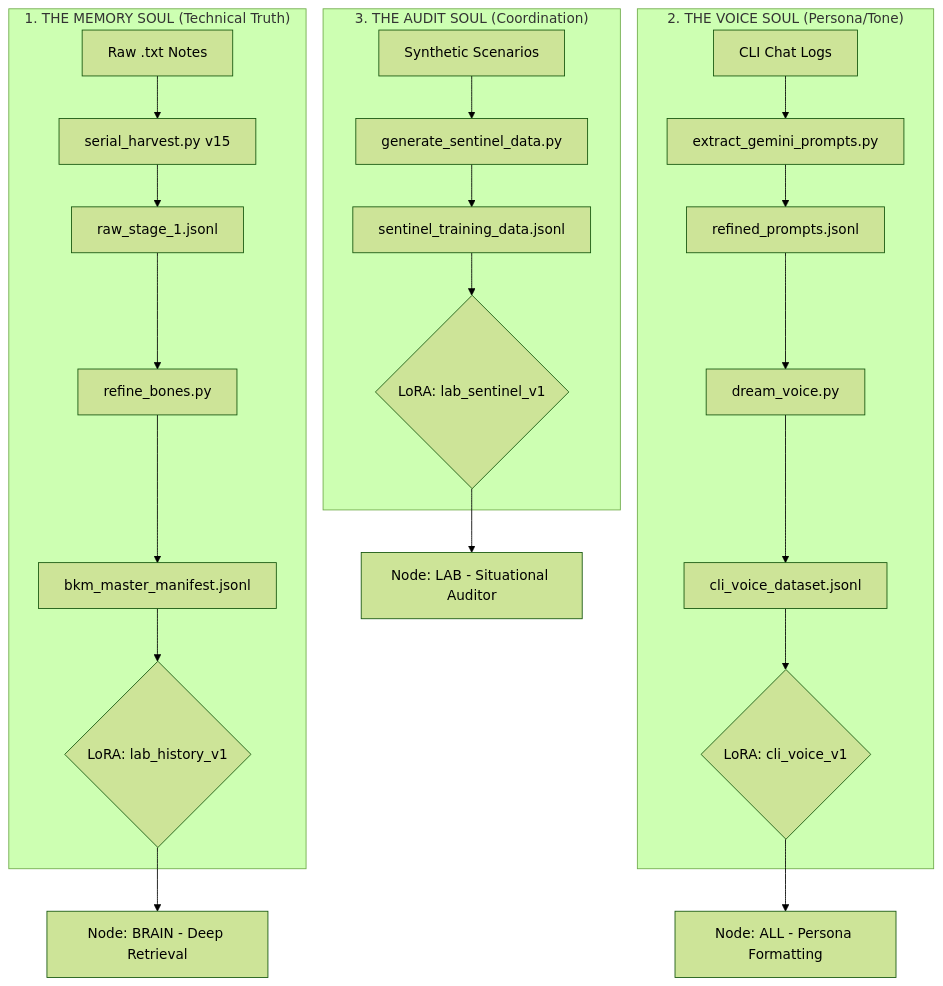
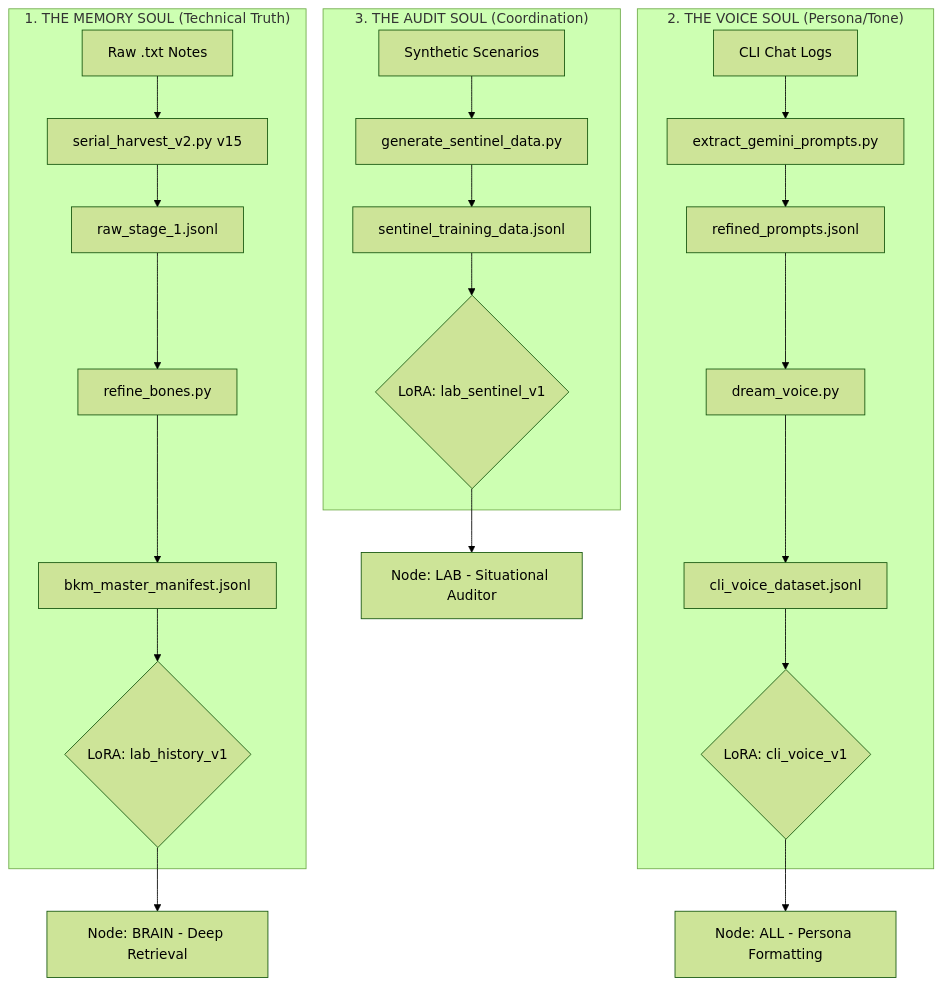
One commit to kEnder242/Portfolio_Dev changed the diagram in SPRINT_PLAN_SPR_13_0.md. Above: the diagram before and after it, drawn with Mermaid (forest theme). The commit also changed other lines of this file and 1 other file, not shown here.

Commit message:
Human - Scripts and docs now refer to serial_harvest_v2.py

````diff
--- a/SPRINT_PLAN_SPR_13_0.md
+++ b/SPRINT_PLAN_SPR_13_0.md
@@ -211,28 +211,28 @@
 ```mermaid
 graph TD
     subgraph "1. THE MEMORY SOUL (Technical Truth)"
-        A1[Raw .txt Notes] --> B1[serial_harvest.py v15]
+        A1[Raw .txt Notes] --> B1[serial_harvest_v2.py v15]
         B1 --> C1[raw_stage_1.jsonl]
         C1 --> D1[refine_bones.py]
         D1 --> E1[bkm_master_manifest.jsonl]
         E1 --> F1{LoRA: lab_history_v1}
     end
 
     subgraph "2. THE VOICE SOUL (Persona/Tone)"
         A2[CLI Chat Logs] --> B2[extract_gemini_prompts.py]
         B2 --> C2[refined_prompts.jsonl]
         C2 --> D2[dream_voice.py]
         D2 --> E2[cli_voice_dataset.jsonl]
         E2 --> F2{LoRA: cli_voice_v1}
     end
 
     subgraph "3. THE AUDIT SOUL (Coordination)"
         A3[Synthetic Scenarios] --> B3[generate_sentinel_data.py]
         B3 --> E3[sentinel_training_data.jsonl]
         E3 --> F3{LoRA: lab_sentinel_v1}
     end
 
     F1 --> G1[Node: BRAIN - Deep Retrieval]
     F2 --> G2[Node: ALL - Persona Formatting]
     F3 --> G3[Node: LAB - Situational Auditor]
 ```
````
